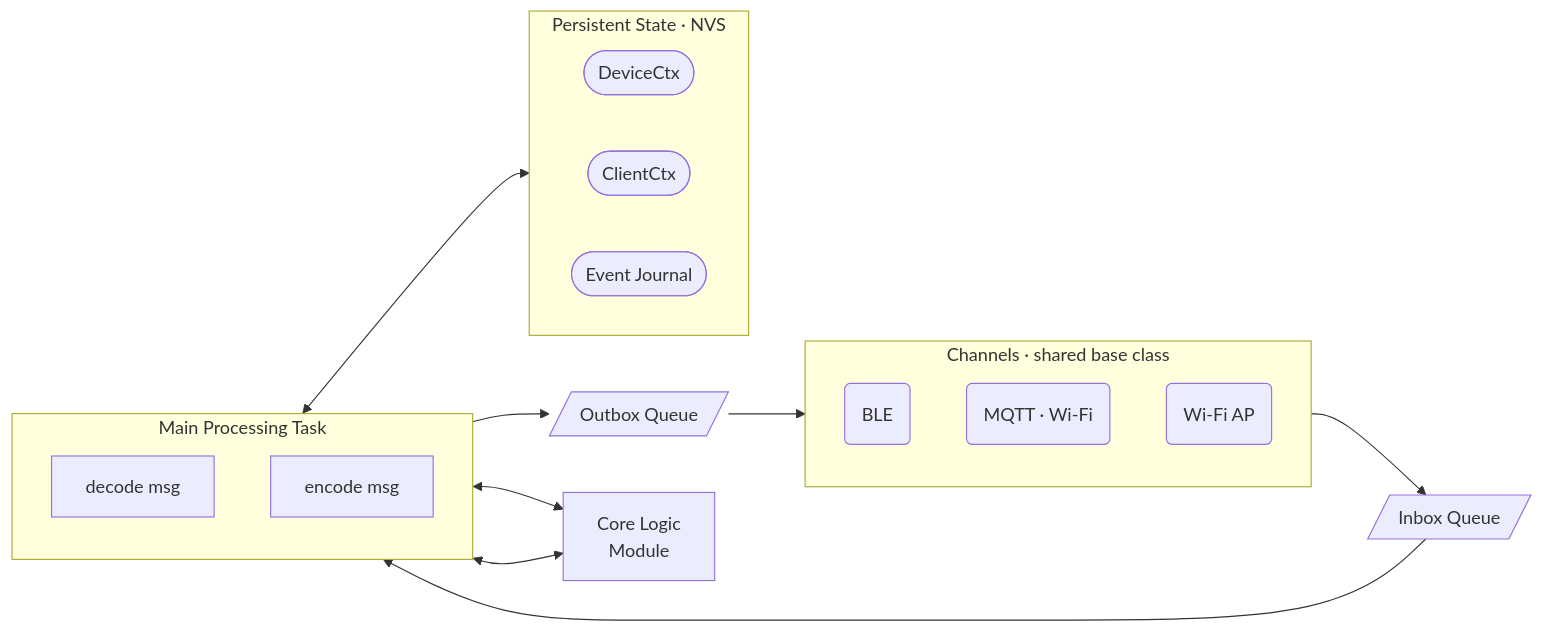
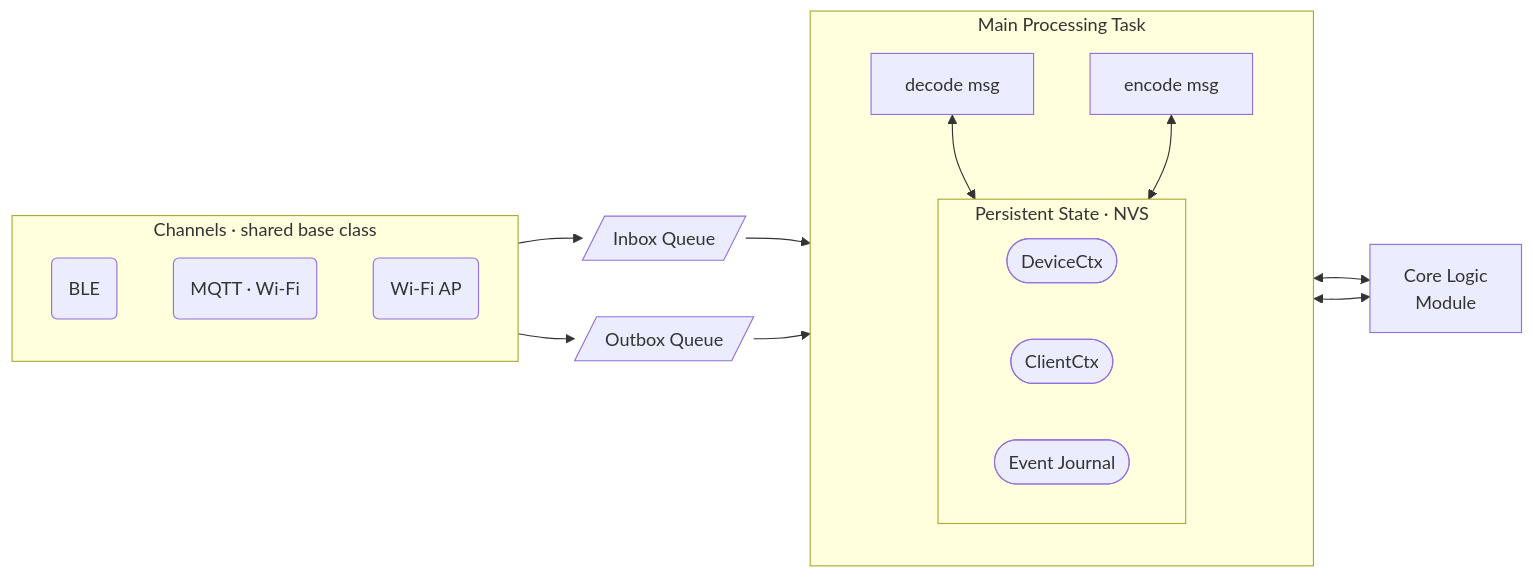
The diagram in tapgate_firmware/docs/architecture.md (solomai/ESP32-TapGate), drawn with Mermaid before and after one commit.

````diff
--- a/tapgate_firmware/docs/architecture.md
+++ b/tapgate_firmware/docs/architecture.md
@@ -13,35 +13,33 @@
 ```mermaid
 flowchart LR
     subgraph CH["Channels  ·  shared base class"]
         direction TB
         BLE("BLE")
         MQTT("MQTT · Wi-Fi")
         AP("Wi-Fi AP")
     end
 
     IQ[/"Inbox Queue"/]
     OQ[/"Outbox Queue"/]
 
     subgraph TASK["Main Processing Task"]
         direction TB
         DEC["decode msg"]
         ENC["encode msg"]
+        subgraph CTX["Persistent State · NVS"]
+            direction LR
+            DCTX(["DeviceCtx"])
+            CCTX(["ClientCtx"])
+            EJ(["Event Journal"])
+        end
+        DEC & ENC <--> CTX
     end
 
     CL["Core Logic\nModule"]
 
-    subgraph CTX["Persistent State · NVS"]
-        direction LR
-        DCTX(["DeviceCtx"])
-        CCTX(["ClientCtx"])
-        EJ(["Event Journal"])
-    end
-
-    CH  --> IQ
-    OQ  --> CH
+    CH  --> IQ & OQ
     IQ  --> DEC
-    ENC --> OQ
+    OQ  --> ENC
     DEC <--> CL
     ENC <--> CL
-    TASK <--> CTX
 ```
````
